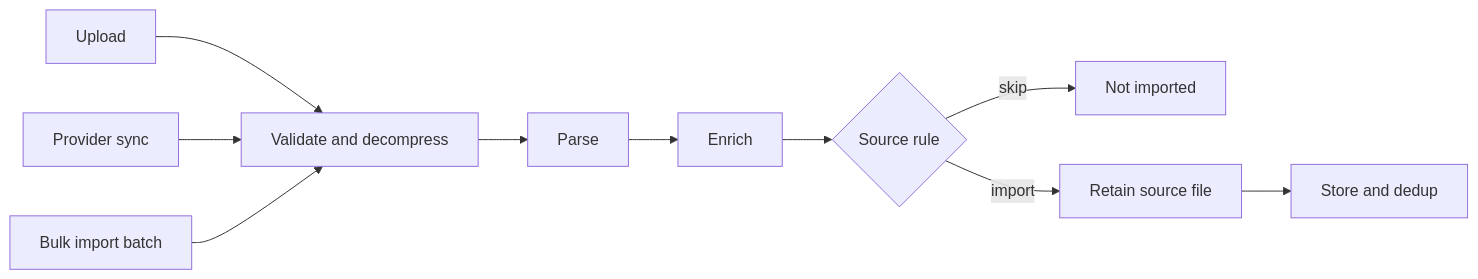
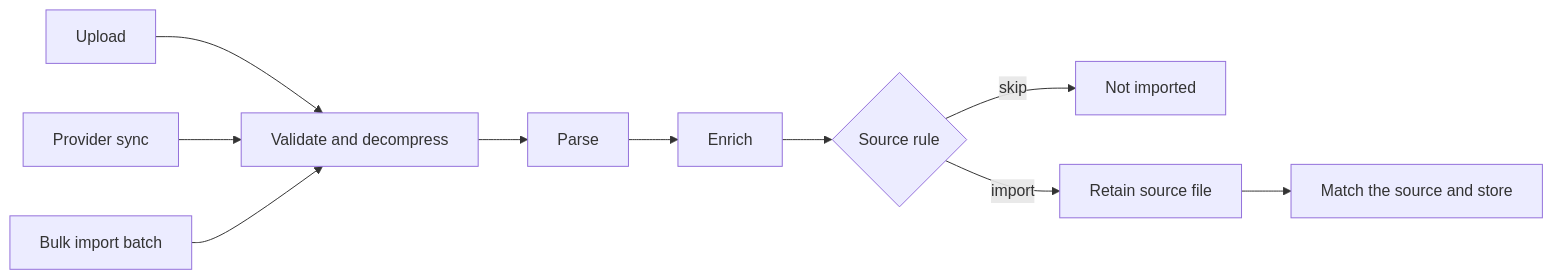
The first of 2 diagrams in docs/developer-guide/activity-ingestion.md (endurain-project/endurain), drawn with Mermaid before and after one commit. The commit also changed other lines of this file and 47 other files, not shown here.

````diff
--- a/docs/developer-guide/activity-ingestion.md
+++ b/docs/developer-guide/activity-ingestion.md
@@ -17,12 +17,12 @@
 ```mermaid
 flowchart LR
     U[Upload] --> V
     P[Provider sync] --> V
     B[Bulk import batch] --> V
     V[Validate and decompress] --> PA[Parse]
     PA --> E[Enrich]
     E --> R{Source rule}
     R -- skip --> X[Not imported]
     R -- import --> RET[Retain source file]
-    RET --> S[Store and dedup]
+    RET --> S[Match the source and store]
 ```
````
